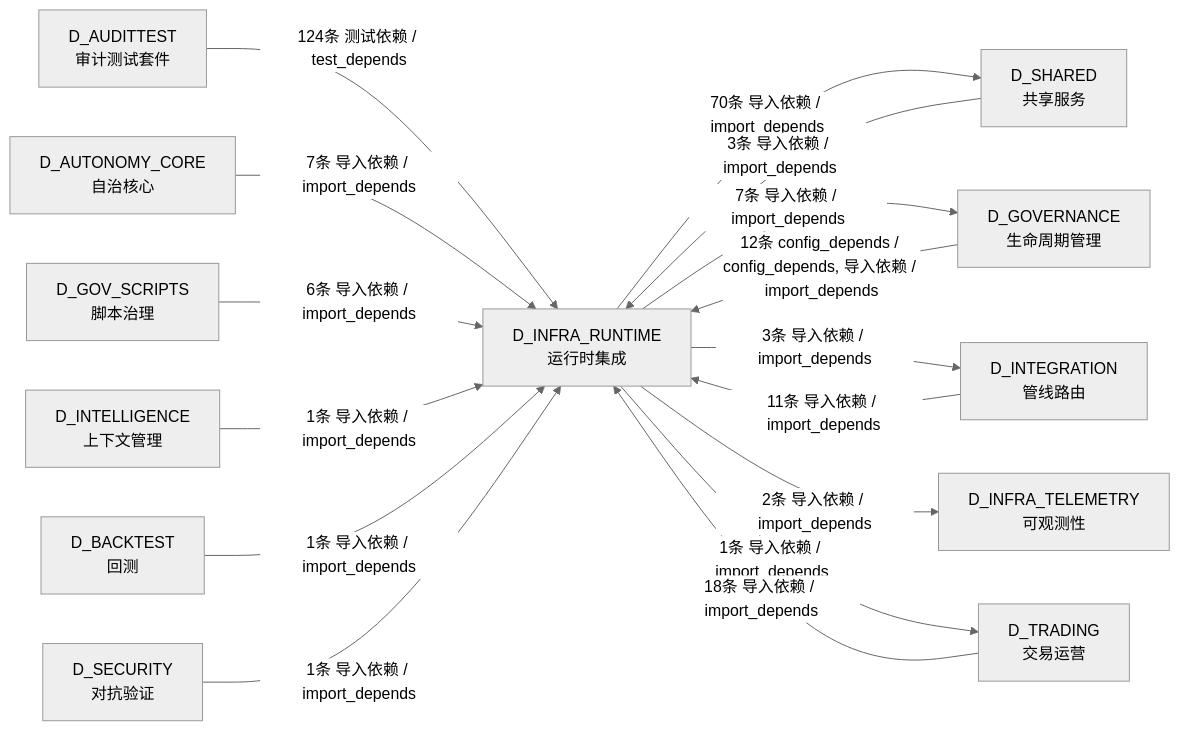
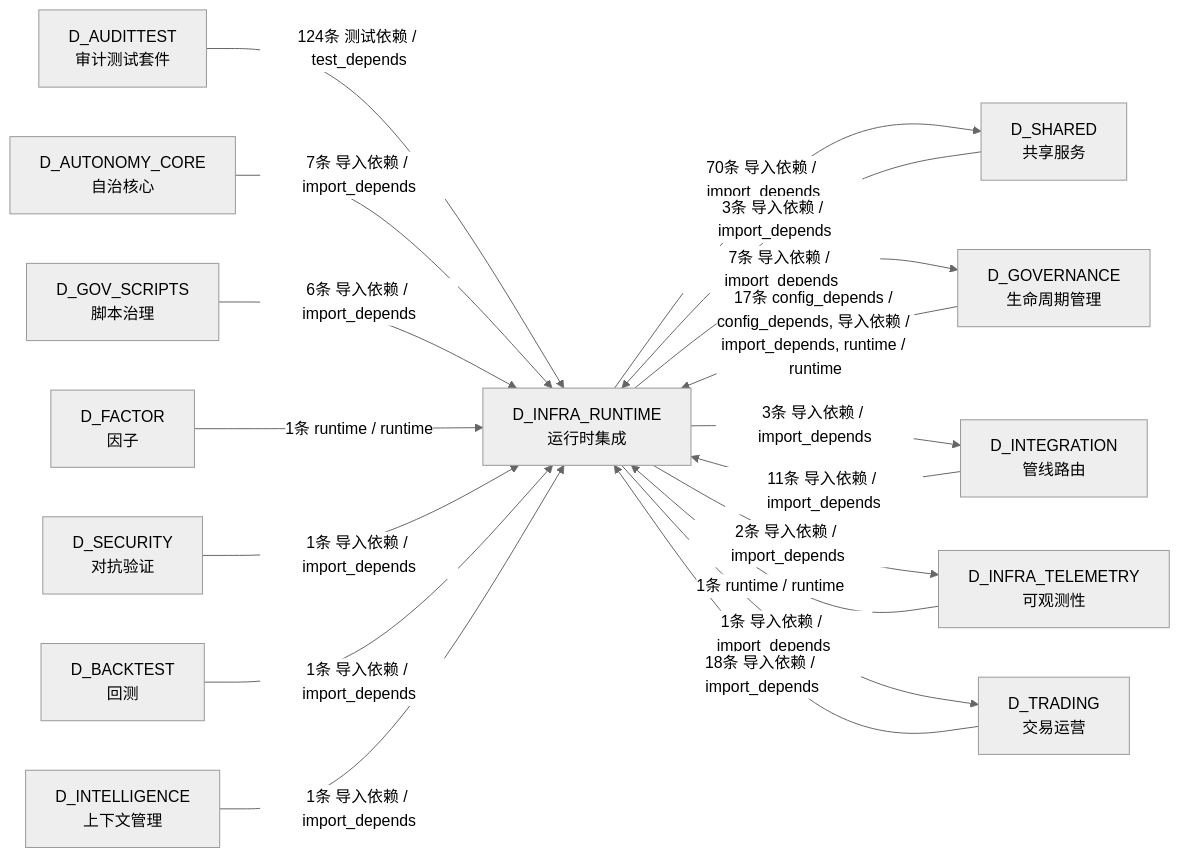
Before and after one commit to xuanFelixVan/ZephyrAlpha: the eighth of 8 diagrams in docs/02_enterprise_architecture/02_domain_architecture_docs/04_d_infra_runtime.md, drawn with Mermaid (neutral theme). The commit also changed other lines of this file and 100 other files, not shown here.

````diff
--- a/docs/02_enterprise_architecture/02_domain_architecture_docs/04_d_infra_runtime.md
+++ b/docs/02_enterprise_architecture/02_domain_architecture_docs/04_d_infra_runtime.md
@@ -1252,30 +1260,33 @@
 ```mermaid
 graph LR
     D_INFRA_RUNTIME["D_INFRA_RUNTIME<br/>运行时集成"]
     D_SHARED["D_SHARED<br/>共享服务"]
     D_GOVERNANCE["D_GOVERNANCE<br/>生命周期管理"]
     D_INTEGRATION["D_INTEGRATION<br/>管线路由"]
     D_INFRA_TELEMETRY["D_INFRA_TELEMETRY<br/>可观测性"]
     D_TRADING["D_TRADING<br/>交易运营"]
     D_AUDITTEST["D_AUDITTEST<br/>审计测试套件"]
     D_AUTONOMY_CORE["D_AUTONOMY_CORE<br/>自治核心"]
     D_GOV_SCRIPTS["D_GOV_SCRIPTS<br/>脚本治理"]
+    D_FACTOR["D_FACTOR<br/>因子"]
+    D_SECURITY["D_SECURITY<br/>对抗验证"]
+    D_BACKTEST["D_BACKTEST<br/>回测"]
     D_INTELLIGENCE["D_INTELLIGENCE<br/>上下文管理"]
-    D_BACKTEST["D_BACKTEST<br/>回测"]
-    D_SECURITY["D_SECURITY<br/>对抗验证"]
     D_INFRA_RUNTIME -->|70条 导入依赖 / import_depends| D_SHARED
     D_INFRA_RUNTIME -->|7条 导入依赖 / import_depends| D_GOVERNANCE
     D_INFRA_RUNTIME -->|3条 导入依赖 / import_depends| D_INTEGRATION
     D_INFRA_RUNTIME -->|2条 导入依赖 / import_depends| D_INFRA_TELEMETRY
     D_INFRA_RUNTIME -->|1条 导入依赖 / import_depends| D_TRADING
     D_AUDITTEST -->|124条 测试依赖 / test_depends| D_INFRA_RUNTIME
     D_TRADING -->|18条 导入依赖 / import_depends| D_INFRA_RUNTIME
-    D_GOVERNANCE -->|12条 config_depends / config_depends, 导入依赖 / import_depends| D_INFRA_RUNTIME
+    D_GOVERNANCE -->|17条 config_depends / config_depends, 导入依赖 / import_depends, runtime / runtime| D_INFRA_RUNTIME
     D_INTEGRATION -->|11条 导入依赖 / import_depends| D_INFRA_RUNTIME
     D_AUTONOMY_CORE -->|7条 导入依赖 / import_depends| D_INFRA_RUNTIME
     D_GOV_SCRIPTS -->|6条 导入依赖 / import_depends| D_INFRA_RUNTIME
     D_SHARED -->|3条 导入依赖 / import_depends| D_INFRA_RUNTIME
+    D_FACTOR -->|1条 runtime / runtime| D_INFRA_RUNTIME
+    D_SECURITY -->|1条 导入依赖 / import_depends| D_INFRA_RUNTIME
+    D_BACKTEST -->|1条 导入依赖 / import_depends| D_INFRA_RUNTIME
     D_INTELLIGENCE -->|1条 导入依赖 / import_depends| D_INFRA_RUNTIME
-    D_BACKTEST -->|1条 导入依赖 / import_depends| D_INFRA_RUNTIME
-    D_SECURITY -->|1条 导入依赖 / import_depends| D_INFRA_RUNTIME
+    D_INFRA_TELEMETRY -->|1条 runtime / runtime| D_INFRA_RUNTIME
 ```
````
